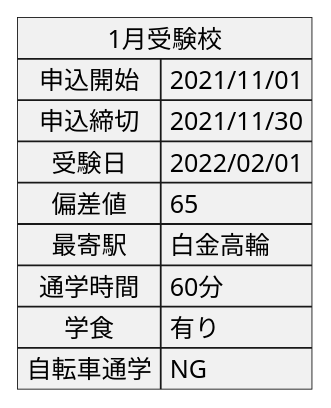
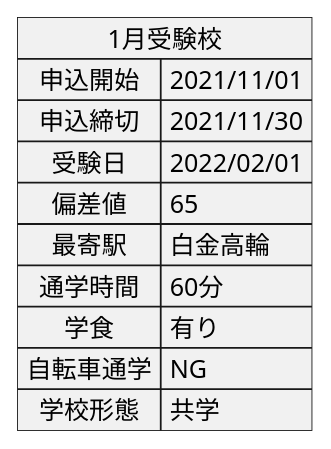
One commit to ainamori/sandbox changed the diagram in docs/sample.puml. Above: the diagram before and after it, drawn with PlantUML. The commit also changed 3 other files, not shown here.

```diff
--- a/docs/sample.puml
+++ b/docs/sample.puml
@@ -1,14 +1,15 @@
 @startuml jan_school
 
 map 1月受験校 {
   申込開始 => 2021/11/01
   申込締切 => 2021/11/30
   受験日 => 2022/02/01
   偏差値 => 65
   最寄駅 => 白金高輪
   通学時間 => 60分
   学食 => 有り
   自転車通学 => NG
+  学校形態 => 共学
 }
 
 @enduml
```
